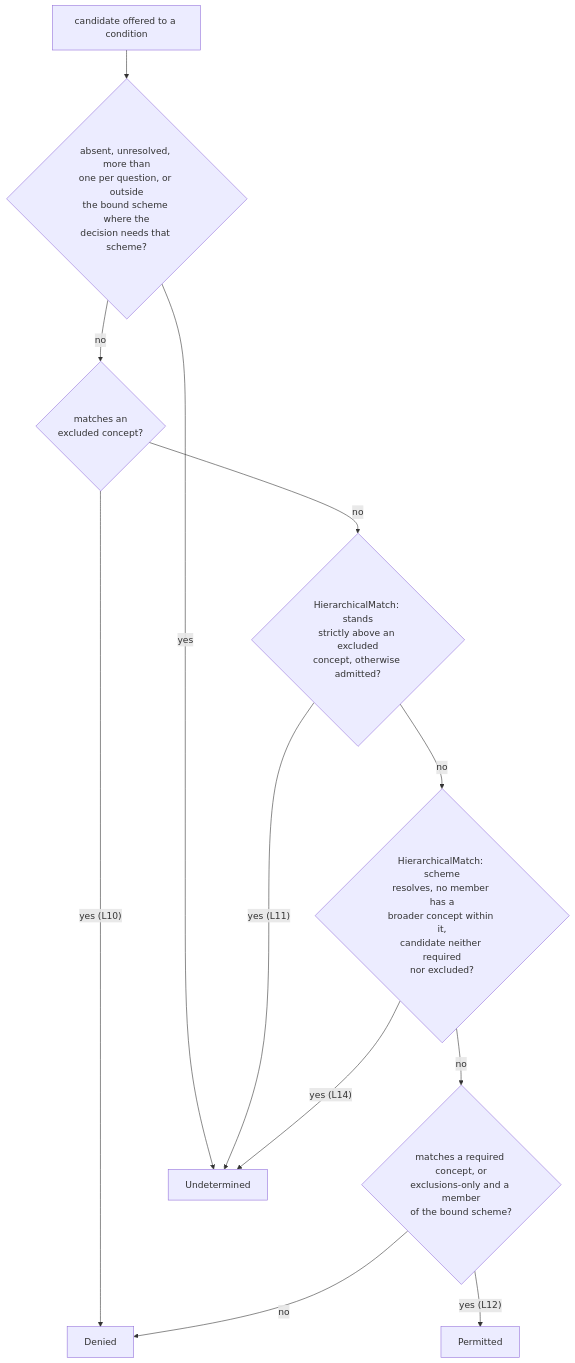
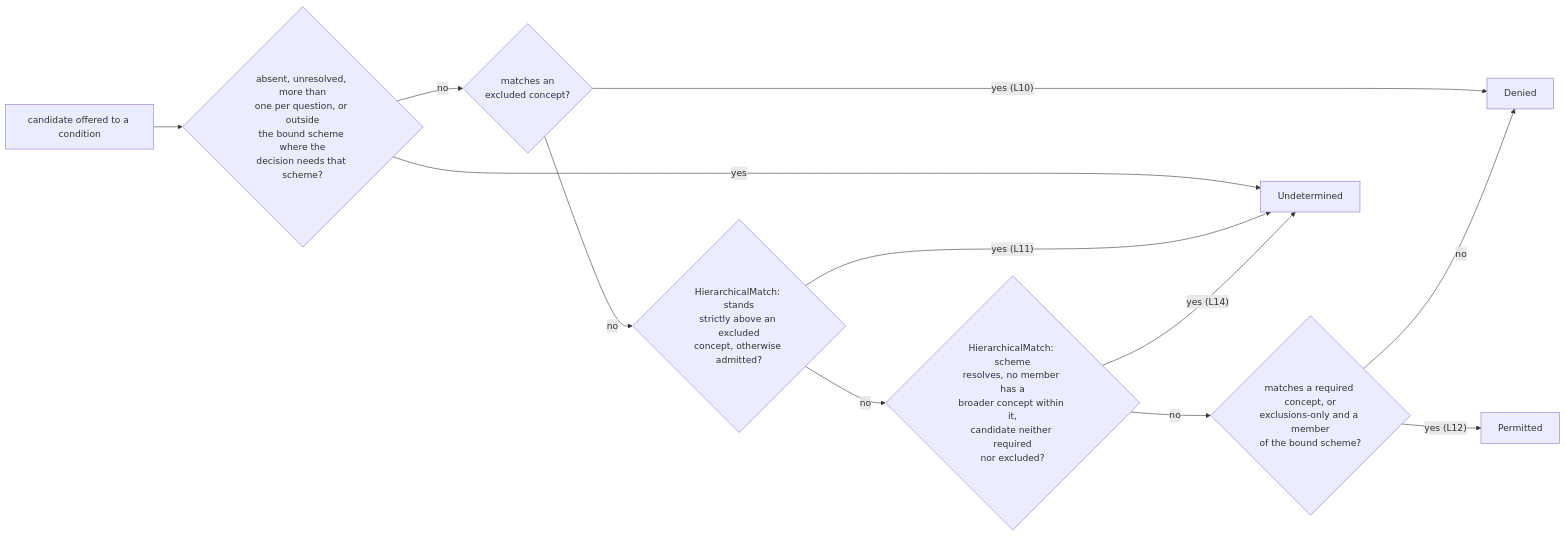
One commit to nebularis/lattice changed the second of 14 diagrams in ontology/eligibility/README.md. Above: the diagram before and after it, drawn with Mermaid.

Commit message:
Change flowchart direction in eligibility README
Updated flowchart direction from TD to LR in README.

````diff
--- a/ontology/eligibility/README.md
+++ b/ontology/eligibility/README.md
@@ -77,23 +77,23 @@
 ```mermaid
-flowchart TD
+flowchart LR
     Start["candidate offered to a condition"]
     Absent{"absent, unresolved, more than<br/>one per question, or outside<br/>the bound scheme where the<br/>decision needs that scheme?"}
     Excluded{"matches an<br/>excluded concept?"}
     AboveExcl{"HierarchicalMatch: stands<br/>strictly above an excluded<br/>concept, otherwise admitted?"}
     NoClosure{"HierarchicalMatch: scheme<br/>resolves, no member has a<br/>broader concept within it,<br/>candidate neither required<br/>nor excluded?"}
     Required{"matches a required concept, or<br/>exclusions-only and a member<br/>of the bound scheme?"}
     U["Undetermined"]
     D["Denied"]
     P["Permitted"]
     Start --> Absent
     Absent -- "yes" --> U
     Absent -- "no" --> Excluded
     Excluded -- "yes (L10)" --> D
     Excluded -- "no" --> AboveExcl
     AboveExcl -- "yes (L11)" --> U
     AboveExcl -- "no" --> NoClosure
     NoClosure -- "yes (L14)" --> U
     NoClosure -- "no" --> Required
     Required -- "yes (L12)" --> P
     Required -- "no" --> D
 ```
````
